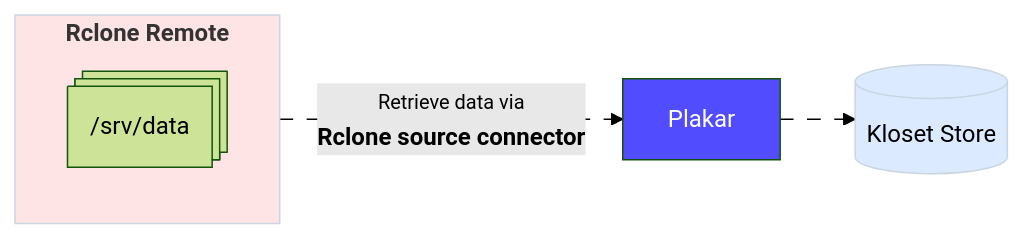
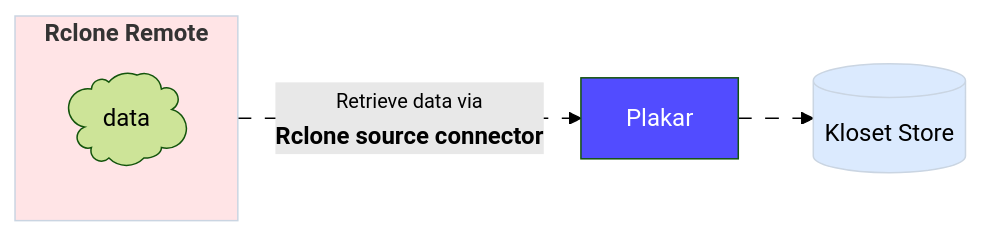
Before and after one commit to PlakarKorp/plakar.io: the second of 3 diagrams in content/docs/main/integrations/googledrive/index.md, drawn with Mermaid (forest theme). The commit also changed other lines of this file and 3 other files, not shown here.

```diff
--- a/content/docs/main/integrations/googledrive/index.md
+++ b/content/docs/main/integrations/googledrive/index.md
@@ -208,25 +208,25 @@
 {{< mermaid >}}
 flowchart LR
 
 subgraph Source[<b>Rclone Remote</b>]
-  fs@{ shape: st-rect, label: "/srv/data" }
+  fs@{ shape: cloud, label: "data" }
 end
 
 Source -- <small>Retrieve data via</small><br><b>Rclone source connector</b> --> Plakar
 
 Store@{ shape: cyl, label: "Kloset Store" }
 
 Plakar --> Store
 
 %% Apply classes
 class Source sourceBox
 class Plakar brandBox
 class Store storeBox
 
 %% Classes definitions
 classDef sourceBox fill:#ffe4e6,stroke:#cad5e2,stroke-width:1px
 classDef brandBox fill:#524cff,color:#ffffff
 classDef storeBox fill:#dbeafe,stroke:#cad5e2,stroke-width:1px
 
 linkStyle default stroke-dasharray: 9,5,stroke-dashoffset: 900,animation: dash 25s linear infinite;
 {{< /mermaid >}}
```
